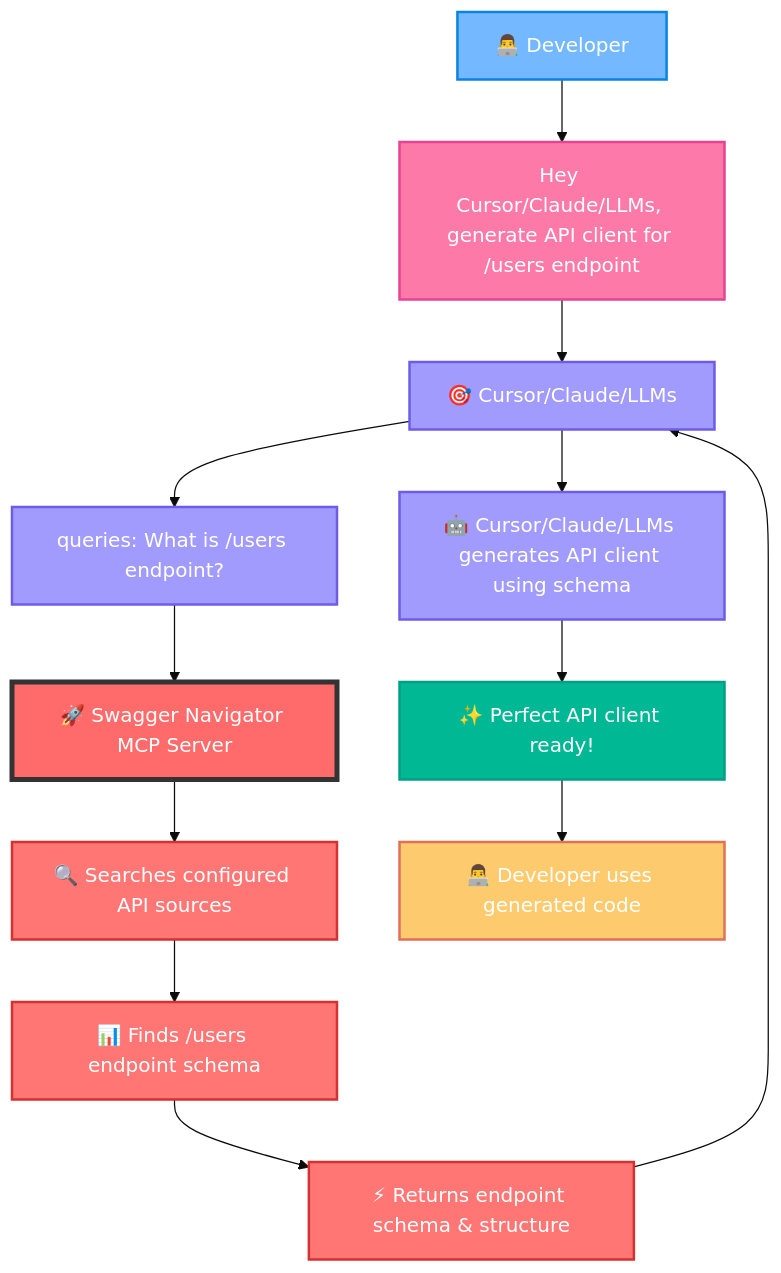
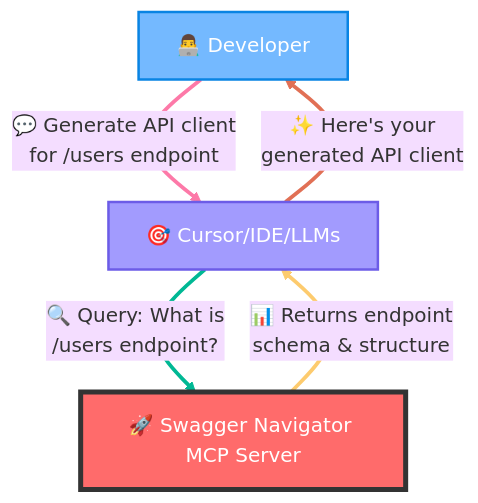
One commit to aaydin-tr/swagger-navigator-mcp changed the diagram in README.md. Above: the diagram before and after it, drawn with Mermaid (base theme). The commit also changed other lines of this file, not shown here.

````diff
--- a/README.md
+++ b/README.md
@@ -13,31 +13,16 @@
 ```mermaid
 flowchart TD
-    A[👨‍💻 Developer] --> B["Hey Cursor/Claude/LLMs, generate API client for /users endpoint"]
-
-    B --> C[🎯 Cursor/Claude/LLMs]
-    C --> D["queries: What is /users endpoint?"]
-
-    D --> E[🚀 Swagger Navigator MCP Server]
-    E --> F[🔍 Searches configured API sources]
-    F --> G[📊 Finds /users endpoint schema]
-    G --> H[⚡ Returns endpoint schema & structure]
-
-    H --> C
-    C --> I[🤖 Cursor/Claude/LLMs generates API client using schema]
-    I --> J[✨ Perfect API client ready!]
-
-    J --> K[👨‍💻 Developer uses generated code]
+    A[👨‍💻 Developer] -->|"💬 Generate API client<br/>for /users endpoint"| B[🎯 Cursor/IDE/LLMs]
+    B -->|"🔍 Query: What is<br/>/users endpoint?"| C[🚀 Swagger Navigator MCP Server]
+    C -->|"📊 Returns endpoint<br/>schema & structure"| B
+    B -->|"✨ Here's your<br/>generated API client"| A
 
     style A fill:#74b9ff,stroke:#0984e3,stroke-width:2px,color:#fff
-    style E fill:#ff6b6b,stroke:#333,stroke-width:4px,color:#fff
-    style J fill:#00b894,stroke:#00a085,stroke-width:2px,color:#fff
-    style K fill:#fdcb6e,stroke:#e17055,stroke-width:2px,color:#fff
+    style B fill:#a29bfe,stroke:#6c5ce7,stroke-width:2px,color:#fff
+    style C fill:#ff6b6b,stroke:#333,stroke-width:4px,color:#fff
 
-    classDef userAction fill:#fd79a8,stroke:#e84393,stroke-width:2px,color:#fff
-    classDef cursorAction fill:#a29bfe,stroke:#6c5ce7,stroke-width:2px,color:#fff
-    classDef mcpAction fill:#ff7675,stroke:#d63031,stroke-width:2px,color:#fff
-
-    class B,K userAction
-    class C,D,I cursorAction
-    class E,F,G,H mcpAction
+    linkStyle 0 stroke:#fd79a8,stroke-width:3px
+    linkStyle 1 stroke:#00b894,stroke-width:3px
+    linkStyle 2 stroke:#fdcb6e,stroke-width:3px
+    linkStyle 3 stroke:#e17055,stroke-width:3px
 ```
````
